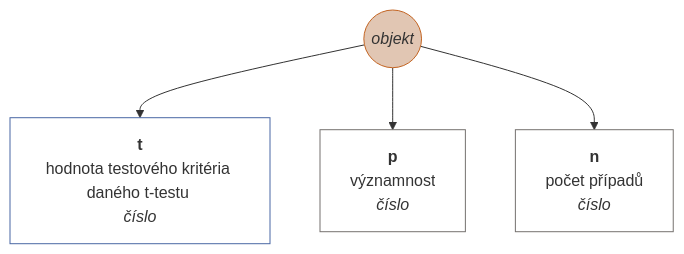
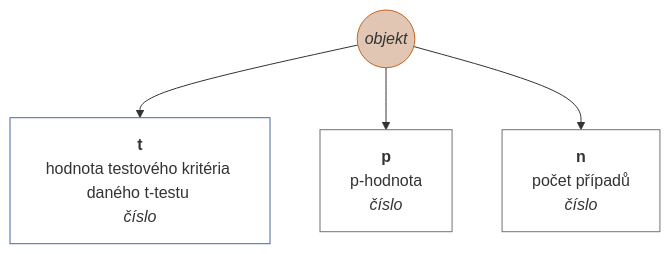
One commit to muzikp/retusa changed diagram 22 of 38 in docs/cs-CZ.md. Above: the diagram before and after it, drawn with Mermaid. The commit also changed other lines of this file and 8 other files, not shown here.

````diff
--- a/docs/cs-CZ.md
+++ b/docs/cs-CZ.md
@@ -716,16 +716,16 @@
 ```mermaid
 graph TD
 ttest((<i>objekt</i>))
 style ttest fill:#E1C6B3;
 style ttest stroke:#C36422;
 ttest --> t[<b>t</b><br>hodnota testového kritéria daného t-testu <br><i>číslo</i>]
 style t fill:#FFFFFF;
 style t stroke:#4967A4;
-ttest --> p[<b>p</b><br>významnost <br><i>číslo</i>]
+ttest --> p[<b>p</b><br>p-hodnota <br><i>číslo</i>]
 style p fill:#FFFFFF;
 style p stroke:#75716F;
 ttest --> n[<b>n</b><br>počet případů <br><i>číslo</i>]
 style n fill:#FFFFFF;
 style n stroke:#75716F;
 
 ```
````
